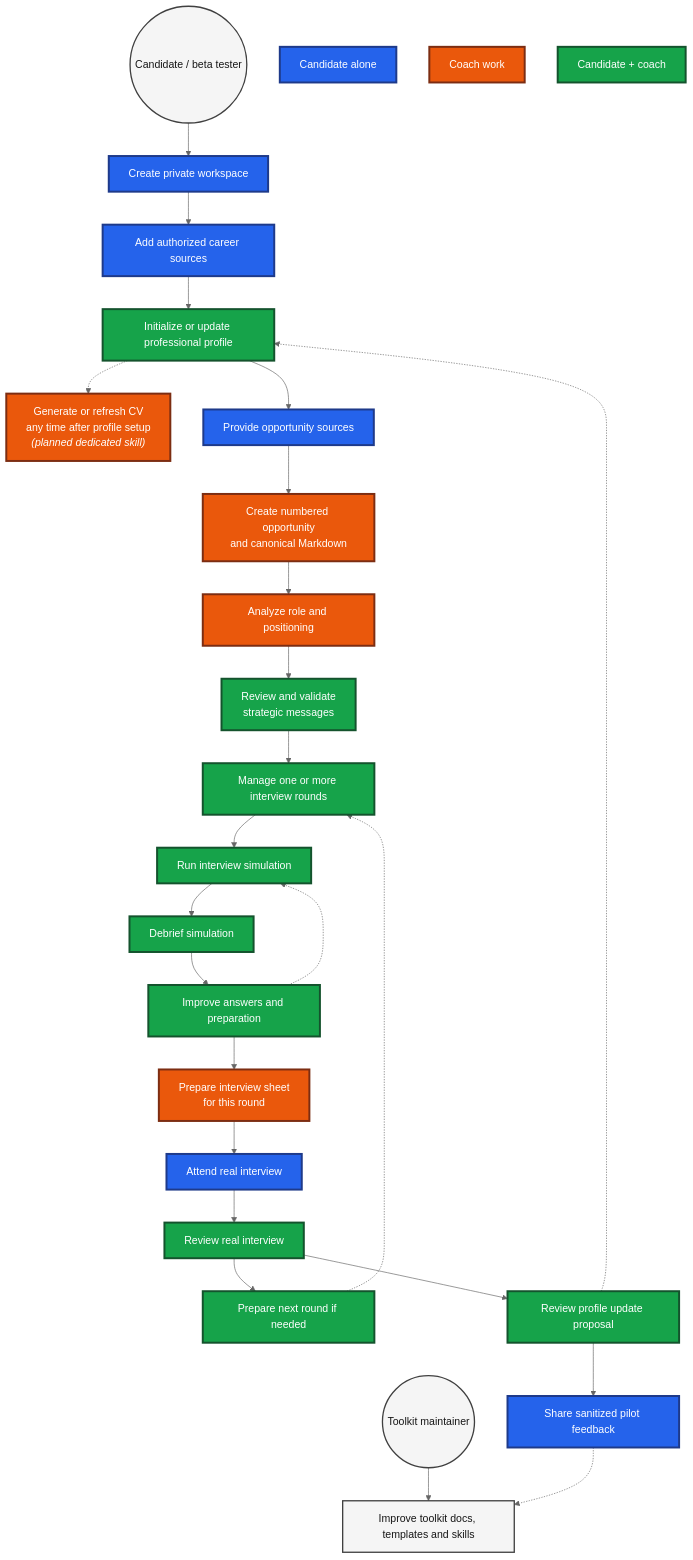
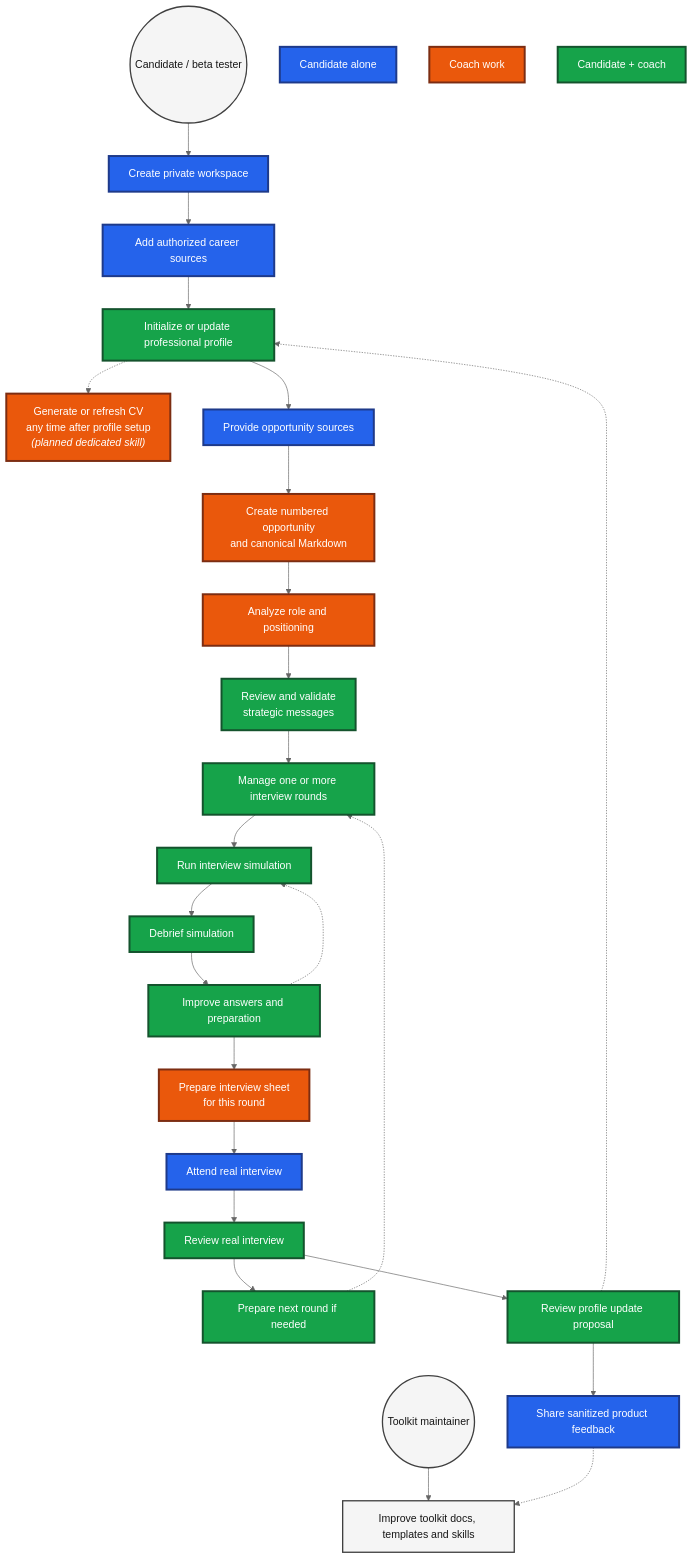
The first of 2 diagrams in docs/use-cases.md (JeromeJ77/career-ai-toolkit), drawn with Mermaid (neutral theme) before and after one commit. The commit also changed other lines of this file and 25 other files, not shown here.

First line of the commit message:
feat(coach): add local product feedback log and generation skill

````diff
--- a/docs/use-cases.md
+++ b/docs/use-cases.md
@@ -26,63 +26,63 @@
 ```mermaid
 flowchart TD
     candidate(("Candidate / beta tester"))
     maintainer(("Toolkit maintainer"))
 
     setup["Create private workspace"]
     collect["Add authorized career sources"]
     profile["Initialize or update professional profile"]
     cv["Generate or refresh CV<br/>any time after profile setup<br/><i>(planned dedicated skill)</i>"]
     opportunity["Provide opportunity sources"]
     createOpportunity["Create numbered opportunity<br/>and canonical Markdown"]
     analyze["Analyze role and positioning"]
     validatePositioning["Review and validate<br/>strategic messages"]
     interview["Manage one or more interview rounds"]
     simulate["Run interview simulation"]
     debrief["Debrief simulation"]
     improvePrep["Improve answers and preparation"]
     prep["Prepare interview sheet<br/>for this round"]
     realInterview["Attend real interview"]
     postReview["Review real interview"]
     nextRound["Prepare next round if needed"]
     update["Review profile update proposal"]
-    feedback["Share sanitized pilot feedback"]
+    feedback["Share sanitized product feedback"]
     improve["Improve toolkit docs, templates and skills"]
     legendUser["Candidate alone"]
     legendCoach["Coach work"]
     legendJoint["Candidate + coach"]
 
     candidate --> setup
     setup --> collect
     collect --> profile
     profile -.-> cv
     profile --> opportunity
     opportunity --> createOpportunity
     createOpportunity --> analyze
     analyze --> validatePositioning
     validatePositioning --> interview
     interview --> simulate
     simulate --> debrief
     debrief --> improvePrep
     improvePrep -.-> simulate
     improvePrep --> prep
     prep --> realInterview
     realInterview --> postReview
     postReview --> nextRound
     nextRound -.-> interview
     postReview --> update
     update -.-> profile
     update --> feedback
 
     maintainer --> improve
     feedback -.-> improve
 
     classDef userTask fill:#2563eb,stroke:#1e3a8a,stroke-width:3px,color:#ffffff;
     classDef coachTask fill:#ea580c,stroke:#7c2d12,stroke-width:3px,color:#ffffff;
     classDef jointTask fill:#16a34a,stroke:#14532d,stroke-width:3px,color:#ffffff;
     classDef actor fill:#f5f5f5,stroke:#404040,stroke-width:2px,color:#171717;
 
     class setup,collect,opportunity,realInterview,feedback,legendUser userTask;
     class createOpportunity,analyze,prep,cv,legendCoach coachTask;
     class profile,validatePositioning,interview,simulate,debrief,improvePrep,postReview,nextRound,update,legendJoint jointTask;
     class candidate,maintainer,improve actor;
 ```
````
